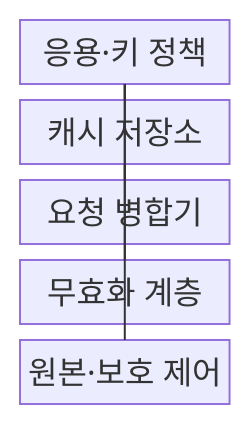
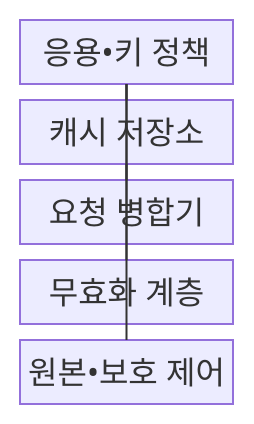
Before and after one commit to agnusdei1207/knowledge-base: the first of 2 diagrams in src/content/docs/notes/03-software/180_caching_strategy.md, drawn with Mermaid. The commit also changed other lines of this file and 953 other files, not shown here.

````diff
--- a/src/content/docs/notes/03-software/180_caching_strategy.md
+++ b/src/content/docs/notes/03-software/180_caching_strategy.md
@@ -69,13 +69,13 @@
 ```mermaid
 block
     columns 1
-    A["응용·키 정책"]
+    A["응용•키 정책"]
     B["캐시 저장소"]
     C["요청 병합기"]
     D["무효화 계층"]
-    E["원본·보호 제어"]
+    E["원본•보호 제어"]
     A --- B
     A --- C
     B --- D
     A --- E
 ```
````
